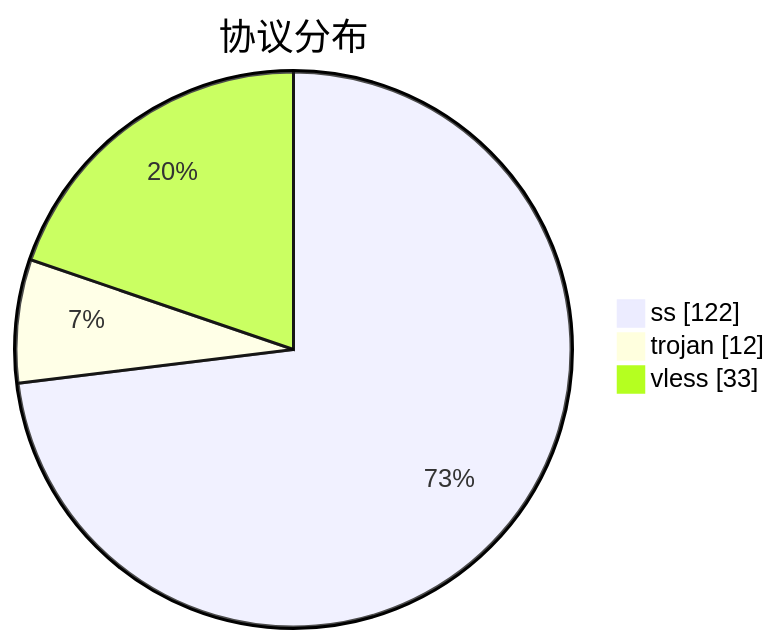
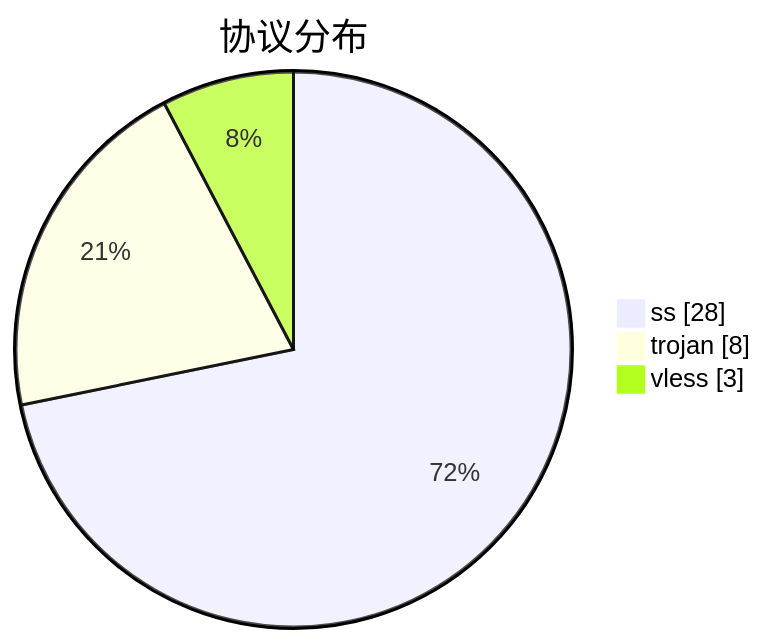
One commit to qjlxg/airport changed the third of 3 diagrams in subs/statistics/tested_within.md. Above: the diagram before and after it, drawn with Mermaid. The commit also changed other lines of this file and 2 other files, not shown here.

````diff
--- a/subs/statistics/tested_within.md
+++ b/subs/statistics/tested_within.md
@@ -35,7 +24,7 @@
 ```mermaid
 pie showData
 title 协议分布
-"ss" : 122
-"trojan" : 12
-"vless" : 33
+"ss" : 28
+"trojan" : 8
+"vless" : 3
 ```
````
